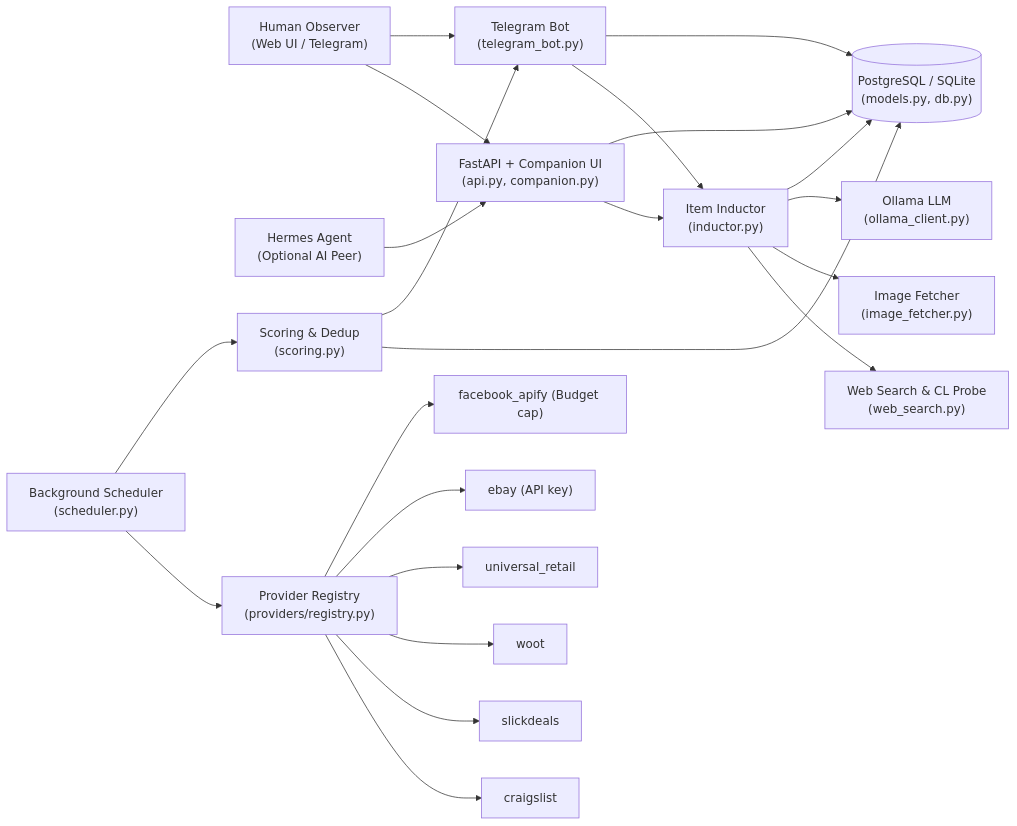
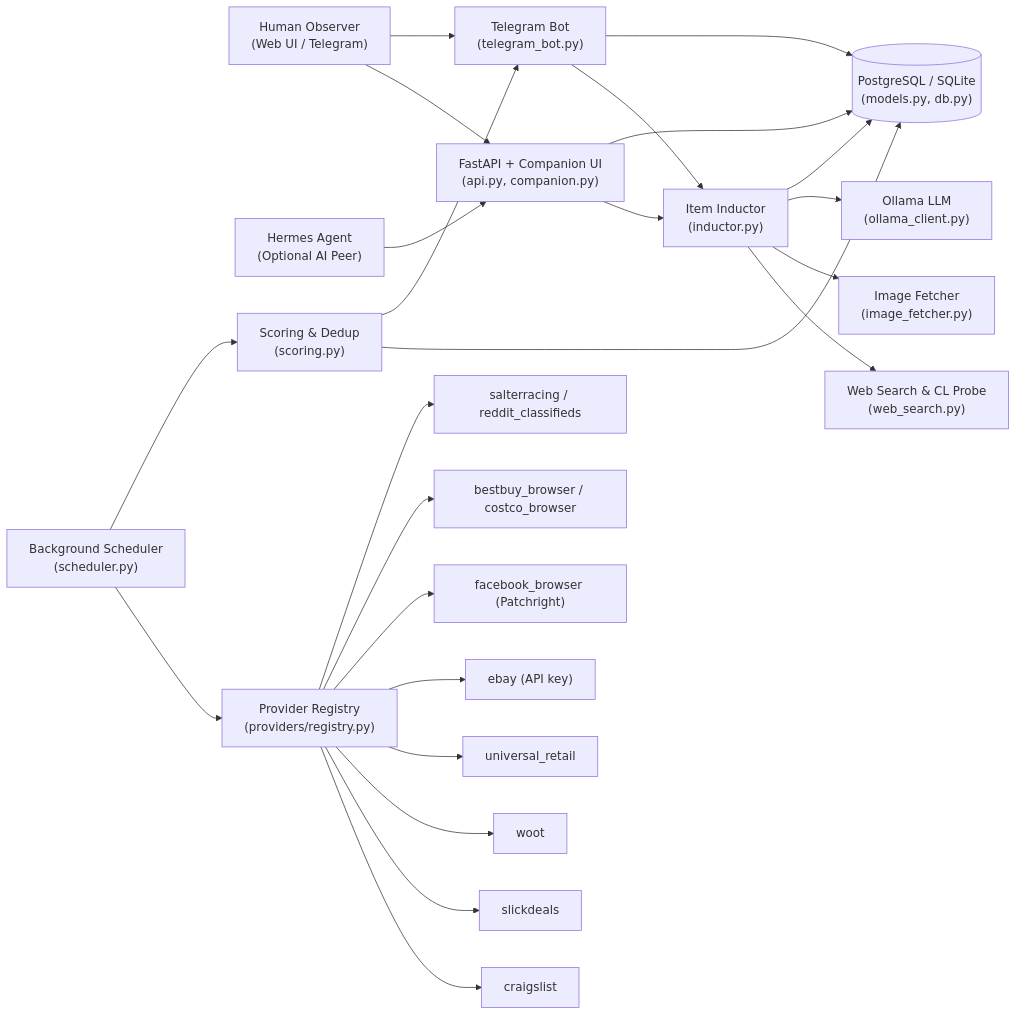
Before and after one commit to Awdball/argos: the diagram in README.md, drawn with Mermaid. The commit also changed other lines of this file, not shown here.

````diff
--- a/README.md
+++ b/README.md
@@ -51,27 +52,29 @@
 ```mermaid
 flowchart LR
     User["Human Observer<br/>(Web UI / Telegram)"] --> API["FastAPI + Companion UI<br/>(api.py, companion.py)"]
     User --> Bot["Telegram Bot<br/>(telegram_bot.py)"]
     Hermes["Hermes Agent<br/>(Optional AI Peer)"] --> API
 
     API --> Inductor["Item Inductor<br/>(inductor.py)"]
     Bot --> Inductor
     Inductor --> WebSearch["Web Search & CL Probe<br/>(web_search.py)"]
     Inductor --> ImgFetch["Image Fetcher<br/>(image_fetcher.py)"]
     Inductor --> Ollama["Ollama LLM<br/>(ollama_client.py)"]
 
     Sched["Background Scheduler<br/>(scheduler.py)"] --> Registry["Provider Registry<br/>(providers/registry.py)"]
     Registry --> CL["craigslist"]
     Registry --> SD["slickdeals"]
     Registry --> WT["woot"]
     Registry --> UR["universal_retail"]
     Registry --> EB["ebay (API key)"]
-    Registry --> FB["facebook_apify (Budget cap)"]
+    Registry --> FB["facebook_browser (Patchright)"]
+    Registry --> BB["bestbuy_browser / costco_browser"]
+    Registry --> SR["salterracing / reddit_classifieds"]
 
     Sched --> Scoring["Scoring & Dedup<br/>(scoring.py)"]
     Scoring --> DB[("PostgreSQL / SQLite<br/>(models.py, db.py)")]
     API --> DB
     Bot --> DB
     Inductor --> DB
     Scoring --> Bot
 ```
````
